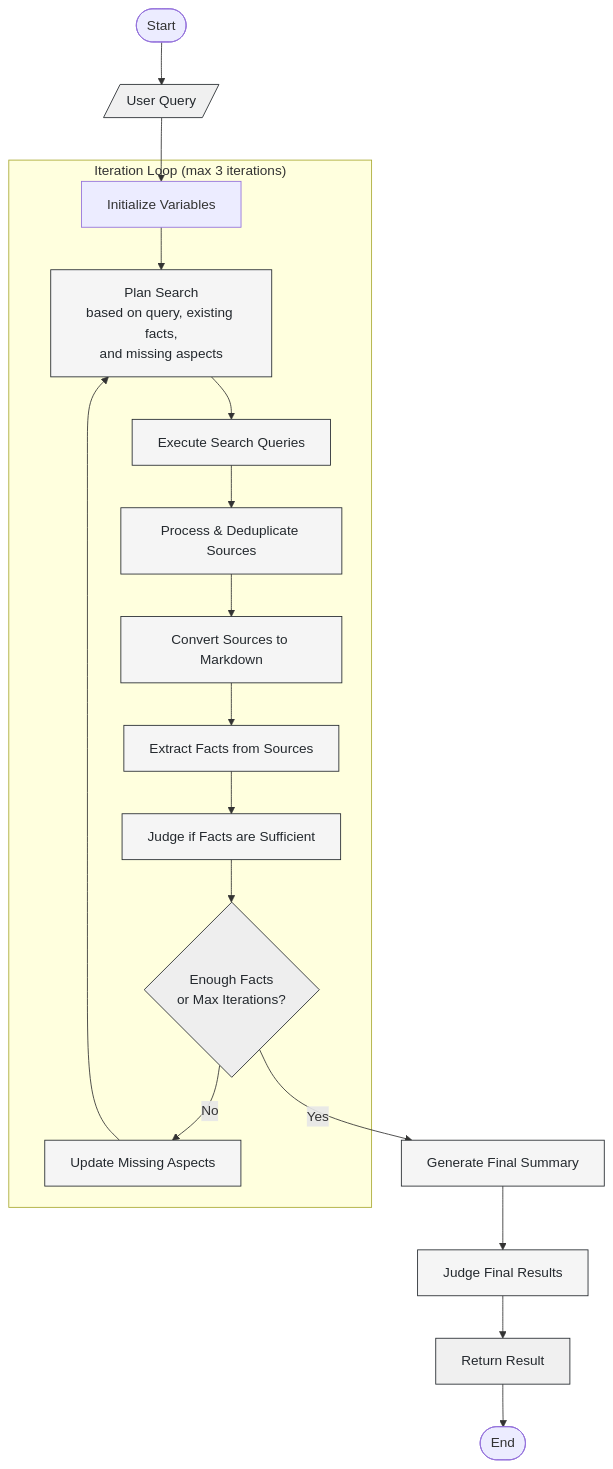
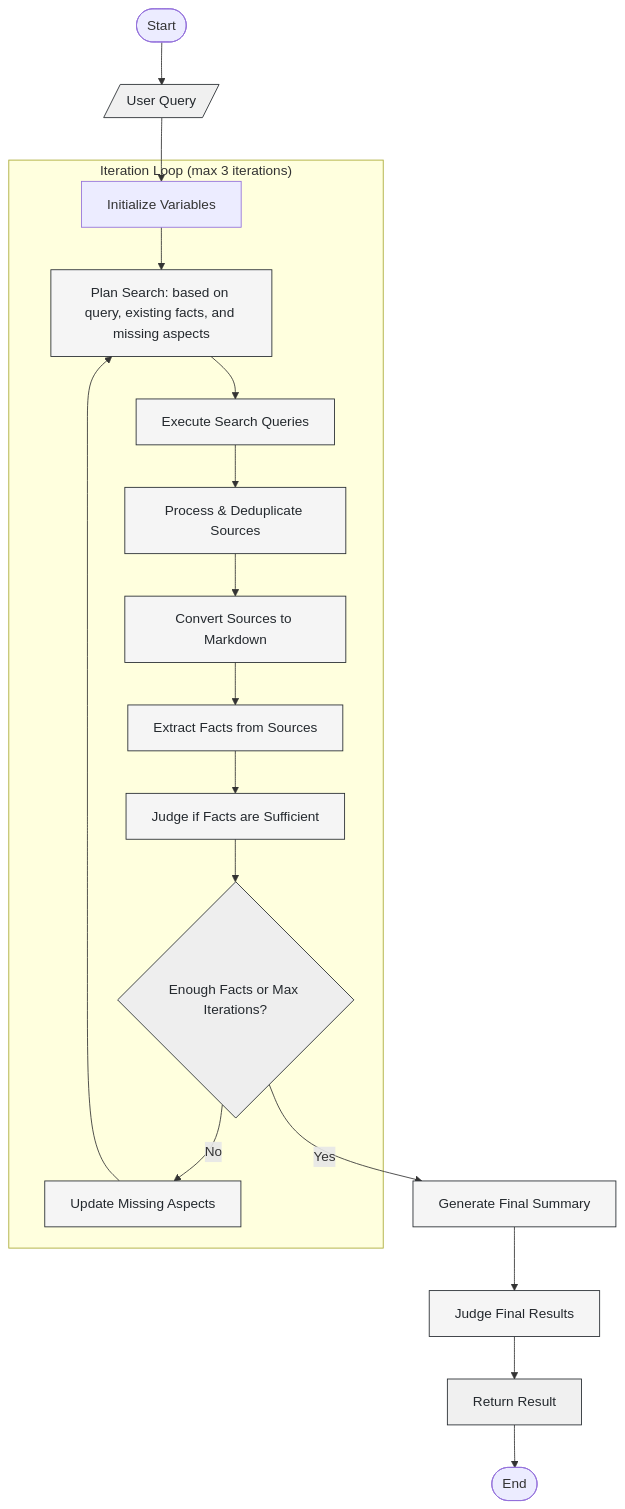
Before and after one commit to hatchet-dev/hatchet-typescript-deep-research: the diagram in README.md, drawn with Mermaid.

Commit message:
fix mermaid text

````diff
--- a/README.md
+++ b/README.md
@@ -67,31 +67,31 @@
 ```mermaid
 flowchart TD
     Start([Start]) --> Input[/User Query/]
     Input --> InitVars[Initialize Variables]
 
     subgraph IterationLoop["Iteration Loop (max 3 iterations)"]
-        InitVars --> PlanSearch[Plan Search\nbased on query, existing facts,\nand missing aspects]
+        InitVars --> PlanSearch[Plan Search: based on query, existing facts, and missing aspects]
         PlanSearch --> SearchQueries[Execute Search Queries]
         SearchQueries --> ProcessSources[Process & Deduplicate Sources]
         ProcessSources --> ConvertToMd[Convert Sources to Markdown]
         ConvertToMd --> ExtractFacts[Extract Facts from Sources]
         ExtractFacts --> JudgeFacts[Judge if Facts are Sufficient]
-        JudgeFacts --> Decision{Enough Facts\nor Max Iterations?}
+        JudgeFacts --> Decision{Enough Facts or Max Iterations?}
         Decision -->|No| UpdateMissing[Update Missing Aspects]
         UpdateMissing --> PlanSearch
     end
 
     Decision -->|Yes| GenerateSummary[Generate Final Summary]
     GenerateSummary --> JudgeResults[Judge Final Results]
     JudgeResults --> ReturnResult[Return Result]
     ReturnResult --> End([End])
 
     %% Light grayscale fill with dark text
     classDef process fill:#f5f5f5,stroke:#24292e,stroke-width:1px,color:#24292e;
     classDef decision fill:#eeeeee,stroke:#24292e,stroke-width:1px,color:#24292e;
     classDef io fill:#f0f0f0,stroke:#24292e,stroke-width:1px,color:#24292e;
 
     class PlanSearch,SearchQueries,ProcessSources,ConvertToMd,ExtractFacts,JudgeFacts,GenerateSummary,JudgeResults,UpdateMissing process;
     class Decision decision;
     class Input,ReturnResult io;
 ```
````
